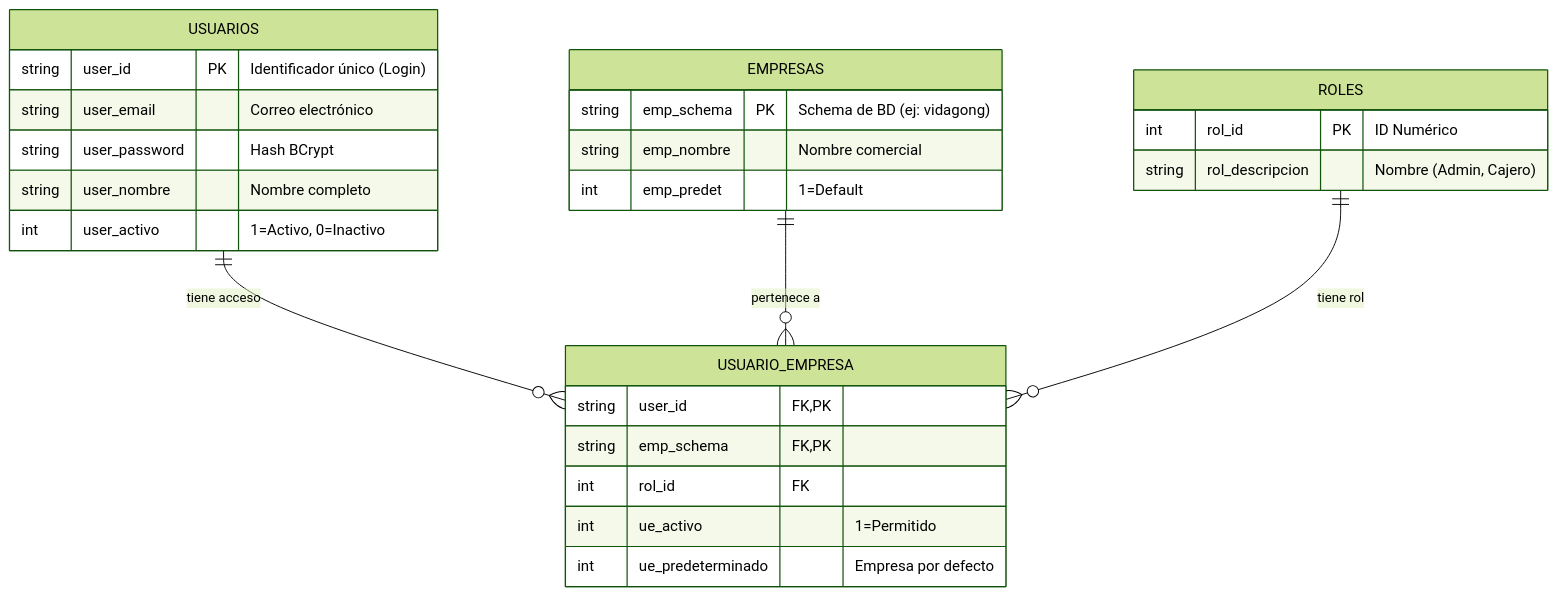
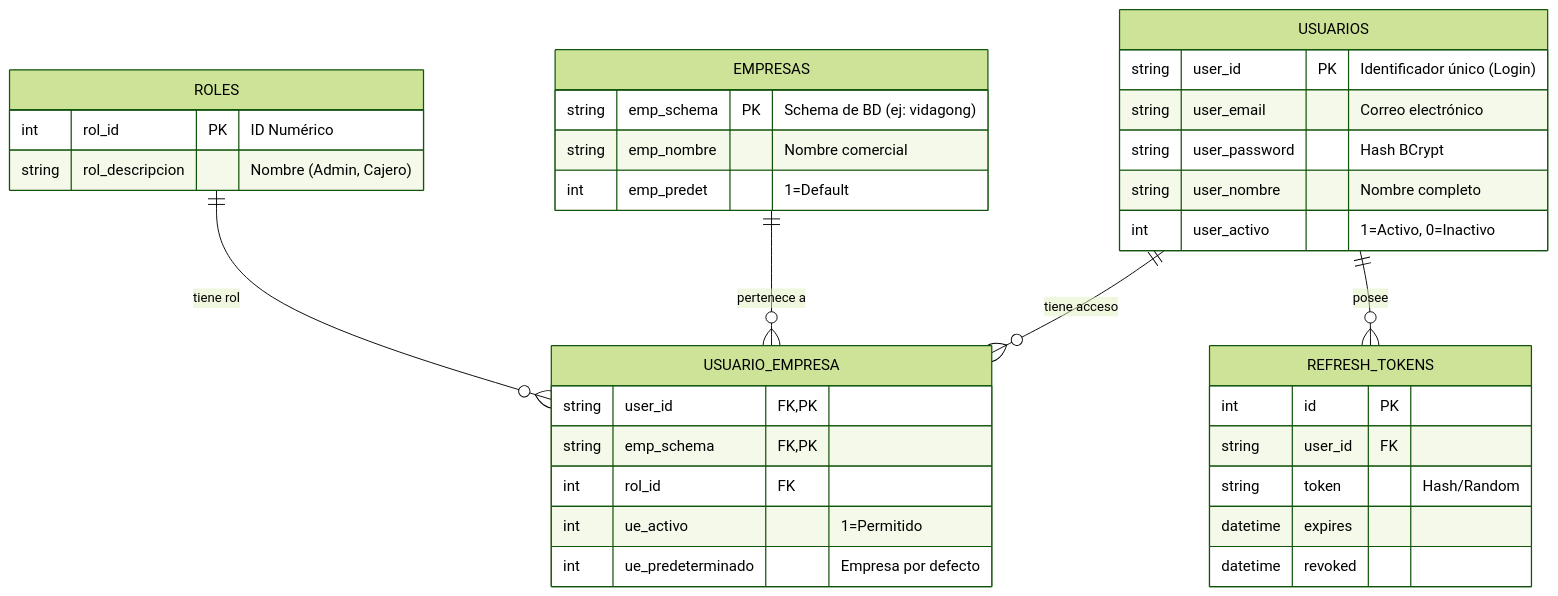
The diagram in Doc/Esquema_Autenticacion.md (eduardo1055433/SiservieCateringBackend), drawn with Mermaid (forest theme) before and after one commit.

Commit message:
Docs: Update Auth Schema with Refresh Tokens diagram and flow

````diff
--- a/Doc/Esquema_Autenticacion.md
+++ b/Doc/Esquema_Autenticacion.md
@@ -7,33 +7,42 @@
 ```mermaid
 erDiagram
     USUARIOS ||--o{ USUARIO_EMPRESA :"tiene acceso"
     EMPRESAS ||--o{ USUARIO_EMPRESA :"pertenece a"
     ROLES ||--o{ USUARIO_EMPRESA :"tiene rol"
+    USUARIOS ||--o{ REFRESH_TOKENS :"posee"
 
     USUARIOS {
         string user_id PK "Identificador único (Login)"
         string user_email "Correo electrónico"
         string user_password "Hash BCrypt"
         string user_nombre "Nombre completo"
         int user_activo "1=Activo, 0=Inactivo"
+    }
+
+    REFRESH_TOKENS {
+        int id PK
+        string user_id FK
+        string token "Hash/Random"
+        datetime expires
+        datetime revoked
     }
 
     EMPRESAS {
         string emp_schema PK "Schema de BD (ej: vidagong)"
         string emp_nombre "Nombre comercial"
         int emp_predet "1=Default"
     }
 
     ROLES {
         int rol_id PK "ID Numérico"
         string rol_descripcion "Nombre (Admin, Cajero)"
     }
 
     USUARIO_EMPRESA {
         string user_id FK,PK
         string emp_schema FK,PK
         int rol_id FK
         int ue_activo "1=Permitido"
         int ue_predeterminado "Empresa por defecto"
     }
 ```
````
